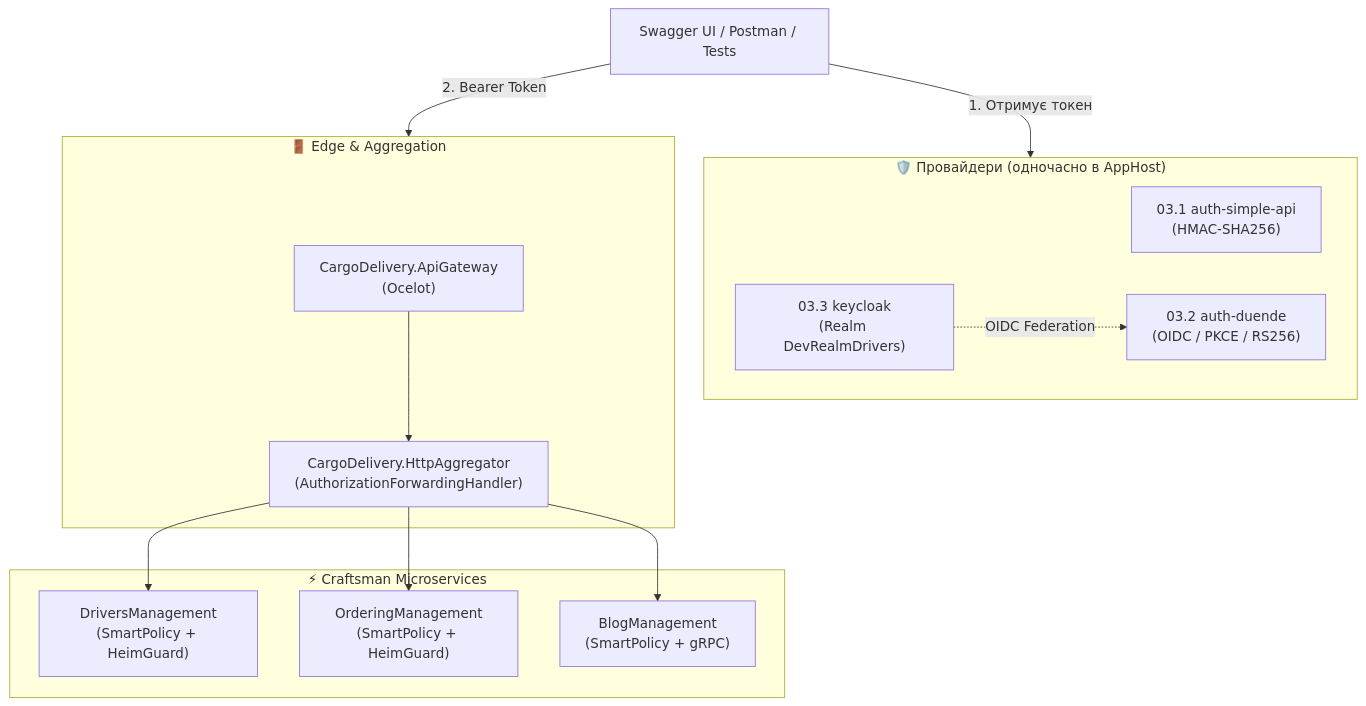
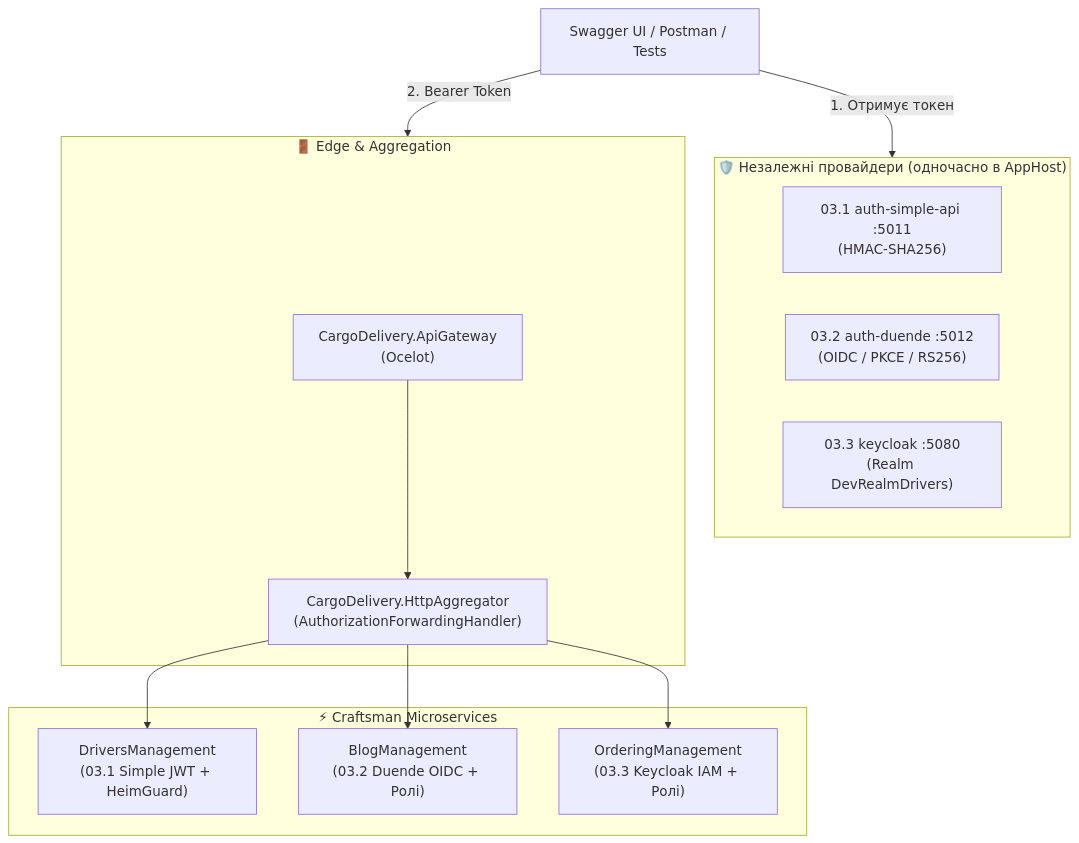
The diagram in 02-Microservices-Craftsman/02-03-Identity-Security-Documentation/README.md (MrTomkaYurii/Demo-AspNet-CargoDeliveryService), drawn with Mermaid before and after one commit. The commit also changed other lines of this file and 21 other files, not shown here.

Commit message:
chore(auth): unify port map, Ukrainian comments, 03.2 PKCE docs, and 03.3 Keycloak Aspire/Pulumi cases

````diff
--- a/02-Microservices-Craftsman/02-03-Identity-Security-Documentation/README.md
+++ b/02-Microservices-Craftsman/02-03-Identity-Security-Documentation/README.md
@@ -21,29 +21,28 @@
 ```mermaid
 flowchart TB
     Client["Swagger UI / Postman / Tests"]
 
-    subgraph Auth ["🛡️ Провайдери (одночасно в AppHost)"]
-        M1["03.1 auth-simple-api<br/>(HMAC-SHA256)"]
-        M2["03.2 auth-duende<br/>(OIDC / PKCE / RS256)"]
-        M3["03.3 keycloak<br/>(Realm DevRealmDrivers)"]
-        M3 -.->|"OIDC Federation"| M2
+    subgraph Auth ["🛡️ Незалежні провайдери (одночасно в AppHost)"]
+        M1["03.1 auth-simple-api :5011<br/>(HMAC-SHA256)"]
+        M2["03.2 auth-duende :5012<br/>(OIDC / PKCE / RS256)"]
+        M3["03.3 keycloak :5080<br/>(Realm DevRealmDrivers)"]
     end
 
     subgraph Gate ["🚪 Edge & Aggregation"]
         GW["CargoDelivery.ApiGateway<br/>(Ocelot)"]
         AGG["CargoDelivery.HttpAggregator<br/>(AuthorizationForwardingHandler)"]
         GW --> AGG
     end
 
     subgraph Services ["⚡ Craftsman Microservices"]
-        DM["DriversManagement<br/>(SmartPolicy + HeimGuard)"]
-        CO["OrderingManagement<br/>(SmartPolicy + HeimGuard)"]
-        DB["BlogManagement<br/>(SmartPolicy + gRPC)"]
+        DM["DriversManagement<br/>(03.1 Simple JWT + HeimGuard)"]
+        DB["BlogManagement<br/>(03.2 Duende OIDC + Ролі)"]
+        CO["OrderingManagement<br/>(03.3 Keycloak IAM + Ролі)"]
         AGG --> DM
         AGG --> CO
         AGG --> DB
     end
 
     Client -->|"1. Отримує токен"| Auth
     Client -->|"2. Bearer Token"| Gate
 ```
````
